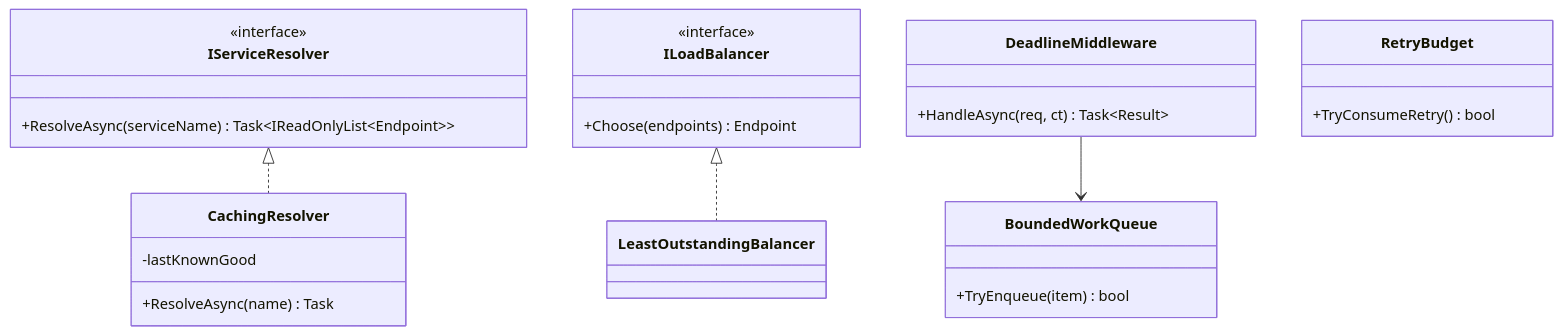
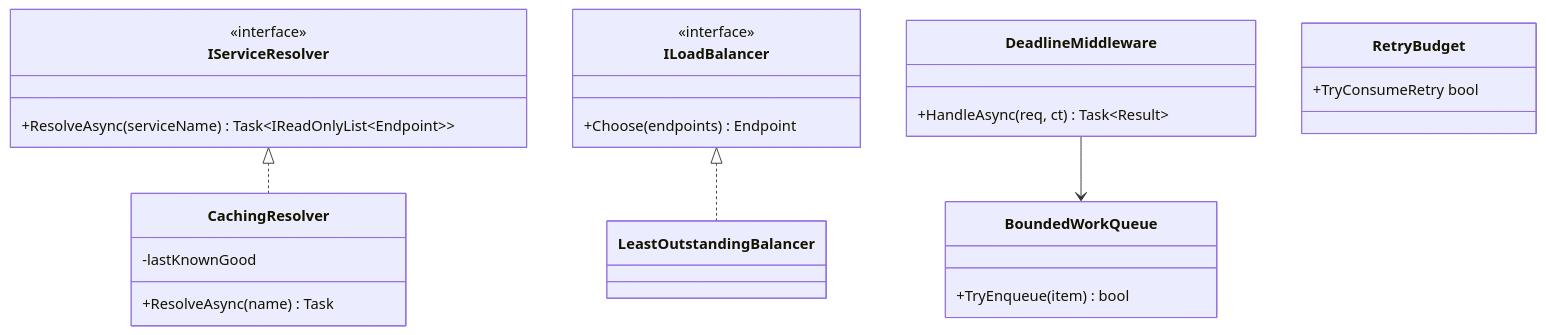
Before and after one commit to umashankarp/InterviewQuestions: the fourth of 4 diagrams in 17-Microservices/05-Service-Discovery-Communication-Infrastructure-Backpressure.md, drawn with Mermaid. The commit also changed other lines of this file and 173 other files, not shown here.

````diff
--- a/17-Microservices/05-Service-Discovery-Communication-Infrastructure-Backpressure.md
+++ b/17-Microservices/05-Service-Discovery-Communication-Infrastructure-Backpressure.md
@@ -601,29 +601,29 @@
 ```mermaid
 classDiagram
-    class IServiceResolver {
-        <<interface>>
-        +ResolveAsync(serviceName) Task~IReadOnlyList~Endpoint~~
-    }
-    class CachingResolver {
-        -lastKnownGood
-        +ResolveAsync(name) Task
-    }
-    class ILoadBalancer {
-        <<interface>>
-        +Choose(endpoints) Endpoint
-    }
-    class LeastOutstandingBalancer
-    class DeadlineMiddleware {
-        +HandleAsync(req, ct) Task~Result~
-    }
-    class BoundedWorkQueue {
-        +TryEnqueue(item) bool
-    }
-    class RetryBudget {
-        +TryConsumeRetry() bool
-    }
+ class IServiceResolver {
+ <<interface>>
+ +ResolveAsync(serviceName) Task~IReadOnlyList~Endpoint~~
+ }
+ class CachingResolver {
+ -lastKnownGood
+ +ResolveAsync(name) Task
+ }
+ class ILoadBalancer {
+ <<interface>>
+ +Choose(endpoints) Endpoint
+ }
+ class LeastOutstandingBalancer
+ class DeadlineMiddleware {
+ +HandleAsync(req, ct) Task~Result~
+ }
+ class BoundedWorkQueue {
+ +TryEnqueue(item) bool
+ }
+ class RetryBudget {
+ +TryConsumeRetry bool
+ }
 
-    IServiceResolver <|.. CachingResolver
-    ILoadBalancer <|.. LeastOutstandingBalancer
-    DeadlineMiddleware --> BoundedWorkQueue
+ IServiceResolver <|.. CachingResolver
+ ILoadBalancer <|.. LeastOutstandingBalancer
+ DeadlineMiddleware --> BoundedWorkQueue
 ```
````
